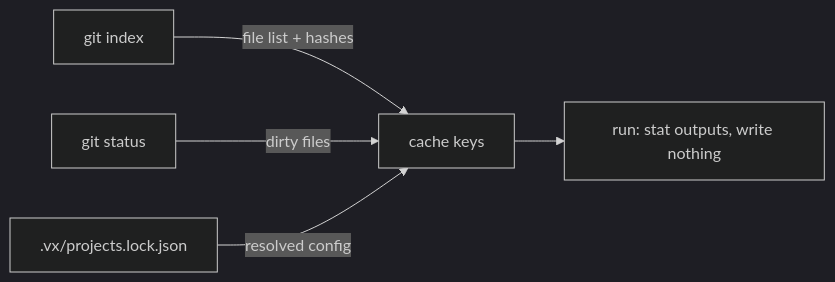
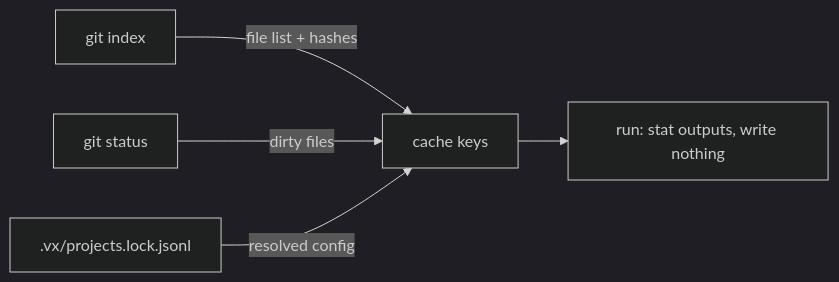
One commit to vznjs/vx changed the second of 2 diagrams in private/vx-docs/src/content/docs/blog/no-daemon.md. Above: the diagram before and after it, drawn with Mermaid (dark theme). The commit also changed 141 other files, not shown here.

````diff
--- a/private/vx-docs/src/content/docs/blog/no-daemon.md
+++ b/private/vx-docs/src/content/docs/blog/no-daemon.md
@@ -44,7 +44,7 @@
 ```mermaid
 flowchart LR
   G[git index] -->|file list + hashes| K[cache keys]
   S[git status] -->|dirty files| K
-  L[.vx/projects.lock.json] -->|resolved config| K
+  L[.vx/projects.lock.jsonl] -->|resolved config| K
   K --> R[run: stat outputs, write nothing]
 ```
````
